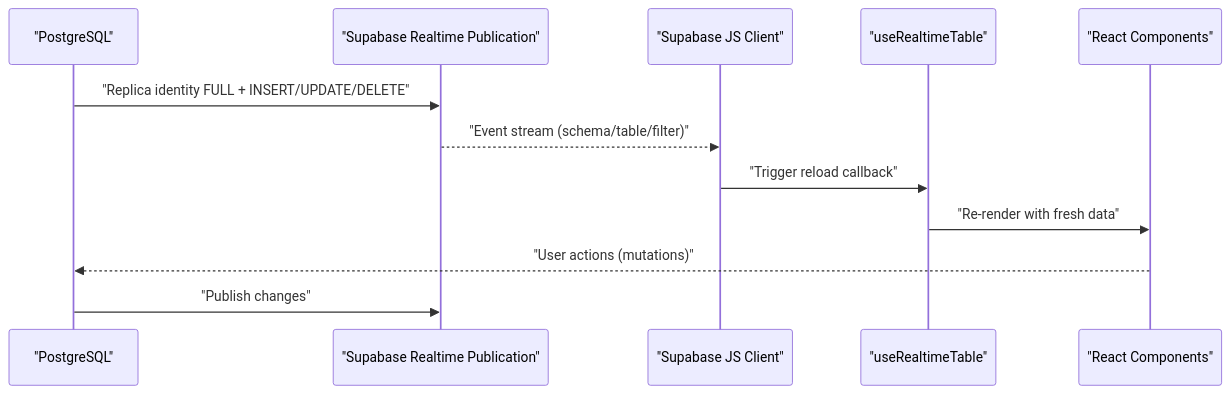
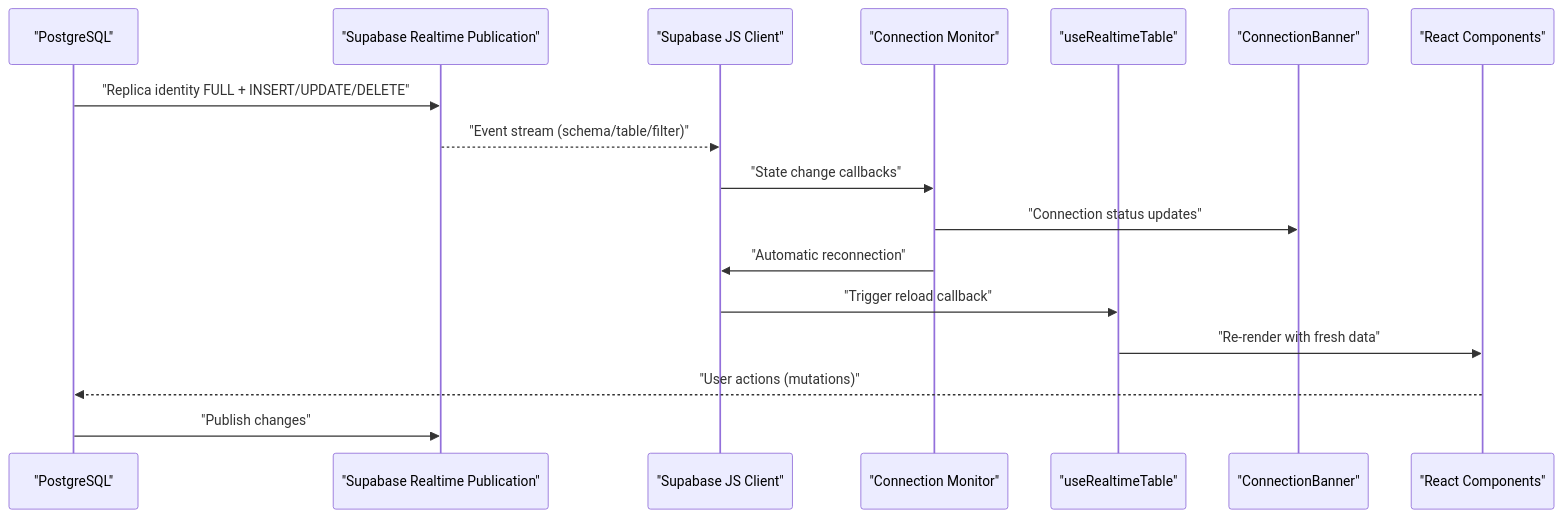
Before and after one commit to gastaldellomarco/pcReady: the second of 11 diagrams in .qoder/repowiki/en/content/Real-time Features/Real-time Features.md, drawn with Mermaid. The commit also changed other lines of this file and 15 other files, not shown here.

````diff
--- a/.qoder/repowiki/en/content/Real-time Features/Real-time Features.md
+++ b/.qoder/repowiki/en/content/Real-time Features/Real-time Features.md
@@ -112,14 +135,19 @@
 ```mermaid
 sequenceDiagram
 participant DB as "PostgreSQL"
 participant Pub as "Supabase Realtime Publication"
 participant Client as "Supabase JS Client"
+participant Monitor as "Connection Monitor"
 participant Hook as "useRealtimeTable"
+participant Banner as "ConnectionBanner"
 participant UI as "React Components"
 DB->>Pub : "Replica identity FULL + INSERT/UPDATE/DELETE"
 Pub-->>Client : "Event stream (schema/table/filter)"
+Client->>Monitor : "State change callbacks"
+Monitor->>Banner : "Connection status updates"
+Monitor->>Client : "Automatic reconnection"
 Client->>Hook : "Trigger reload callback"
 Hook->>UI : "Re-render with fresh data"
 UI-->>DB : "User actions (mutations)"
 DB->>Pub : "Publish changes"
 ```
````
